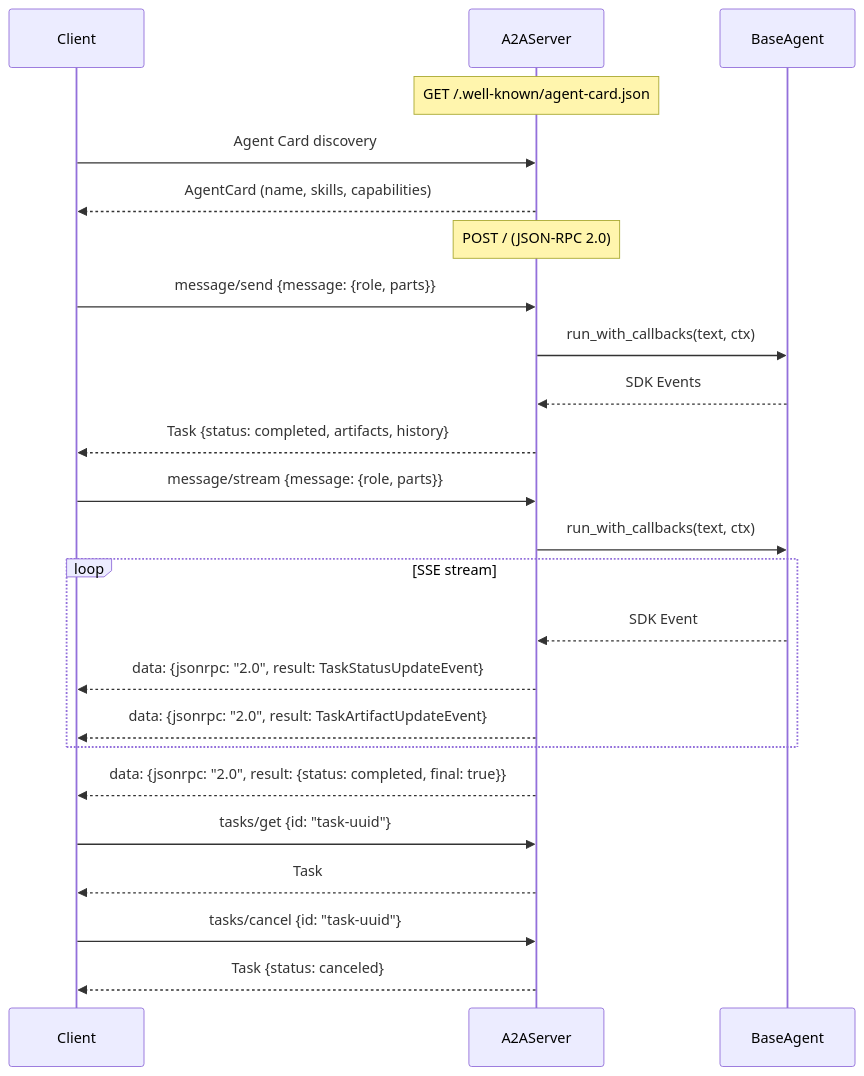
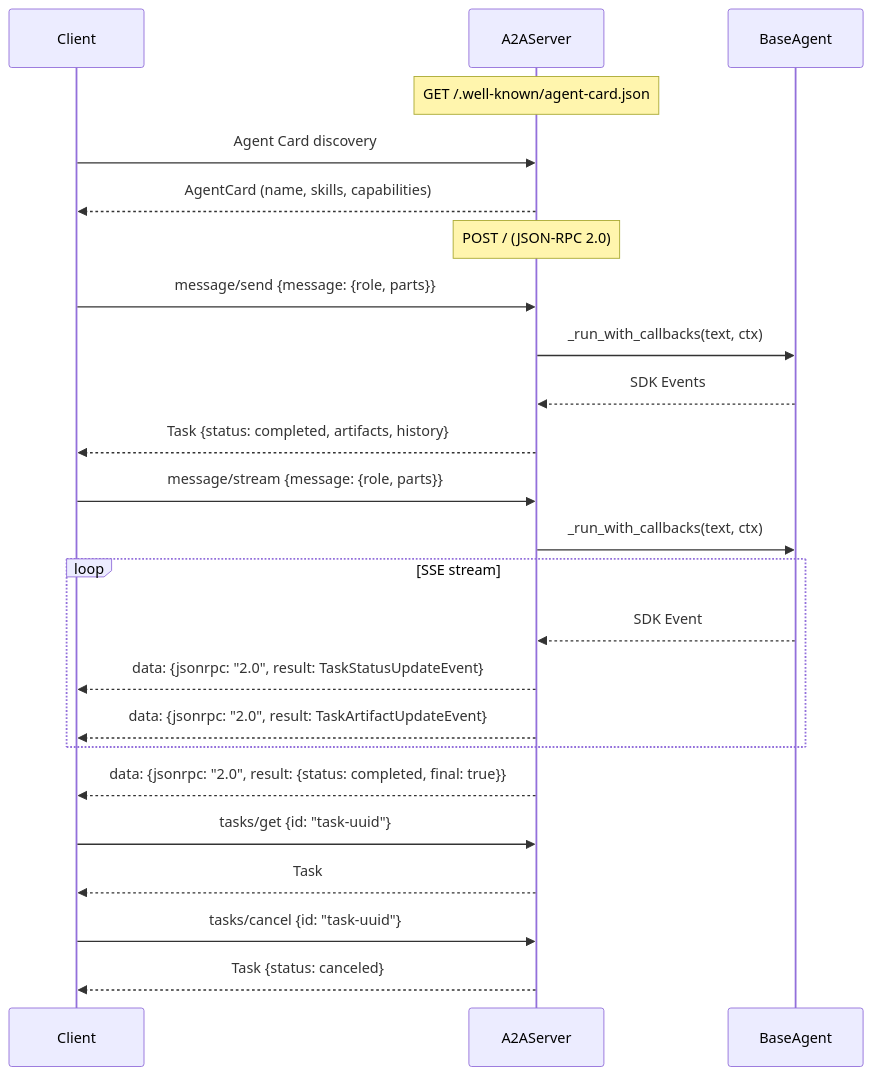
One commit to NicolaiLassen/langchain-adk changed the seventh of 10 diagrams in README.md. Above: the diagram before and after it, drawn with Mermaid. The commit also changed other lines of this file and 13 other files, not shown here.

````diff
--- a/README.md
+++ b/README.md
@@ -981,31 +987,31 @@
 ```mermaid
 sequenceDiagram
     participant C as Client
     participant S as A2AServer
     participant A as BaseAgent
 
     Note over S: GET /.well-known/agent-card.json
     C->>S: Agent Card discovery
     S-->>C: AgentCard (name, skills, capabilities)
 
     Note over S: POST / (JSON-RPC 2.0)
     C->>S: message/send {message: {role, parts}}
-    S->>A: run_with_callbacks(text, ctx)
+    S->>A: _run_with_callbacks(text, ctx)
     A-->>S: SDK Events
     S-->>C: Task {status: completed, artifacts, history}
 
     C->>S: message/stream {message: {role, parts}}
-    S->>A: run_with_callbacks(text, ctx)
+    S->>A: _run_with_callbacks(text, ctx)
     loop SSE stream
         A-->>S: SDK Event
         S-->>C: data: {jsonrpc: "2.0", result: TaskStatusUpdateEvent}
         S-->>C: data: {jsonrpc: "2.0", result: TaskArtifactUpdateEvent}
     end
     S-->>C: data: {jsonrpc: "2.0", result: {status: completed, final: true}}
 
     C->>S: tasks/get {id: "task-uuid"}
     S-->>C: Task
 
     C->>S: tasks/cancel {id: "task-uuid"}
     S-->>C: Task {status: canceled}
 ```
````
